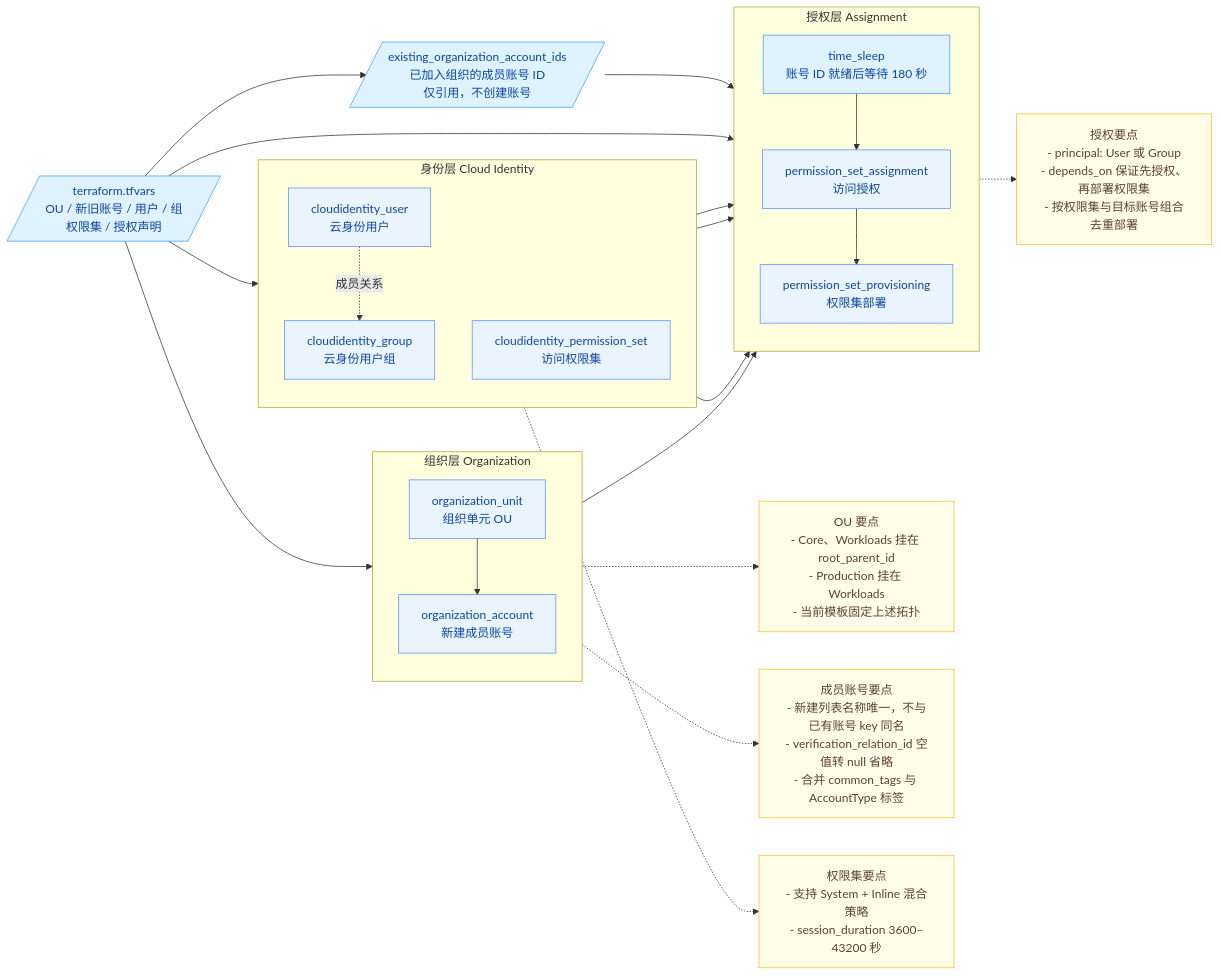
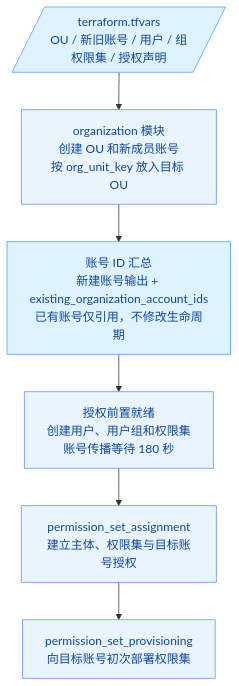
One commit to terraform-volcenginecc-modules/terraform-volcenginecc-multi-account-architecture changed the diagram in README.zh-CN.md. Above: the diagram before and after it, drawn with Mermaid. The commit also changed other lines of this file and 3 other files, not shown here.

Commit message:
docs: 更新 README 及中文文档，调整 Mermaid 流程图与说明内容

````diff
--- a/README.zh-CN.md
+++ b/README.zh-CN.md
@@ -17,52 +17,18 @@
-~~~mermaid
-flowchart LR
+```mermaid
+flowchart TB
     classDef main fill:#EAF4FF,stroke:#5B8FF9,color:#0D47A1;
     classDef tcc fill:#DFF2FF,stroke:#409EFF,color:#0D47A1;
-    classDef note fill:#FFFDE7,stroke:#FBC02D,color:#5D4037;
 
     Vars[/"terraform.tfvars<br/>OU / 新旧账号 / 用户 / 组<br/>权限集 / 授权声明"/]:::tcc
-    EXISTING[/"existing_organization_account_ids<br/>已加入组织的成员账号 ID<br/>仅引用，不创建账号"/]:::tcc
+    ORG["organization 模块<br/>创建 OU 和新成员账号<br/>按 org_unit_key 放入目标 OU"]:::main
+    IDS["账号 ID 汇总<br/>新建账号输出 + existing_organization_account_ids<br/>已有账号仅引用，不修改生命周期"]:::tcc
+    READY["授权前置就绪<br/>创建用户、用户组和权限集<br/>账号传播等待 180 秒"]:::main
+    ASN["permission_set_assignment<br/>建立主体、权限集与目标账号授权"]:::main
+    PROV["permission_set_provisioning<br/>向目标账号初次部署权限集"]:::main
 
-    subgraph Org["组织层 Organization"]
-        direction TB
-        OU["organization_unit<br/>组织单元 OU"]:::main
-        ACC["organization_account<br/>新建成员账号"]:::main
-        OU --> ACC
-    end
-
-    subgraph Identity["身份层 Cloud Identity"]
-        direction TB
-        USER["cloudidentity_user<br/>云身份用户"]:::main
-        GRP["cloudidentity_group<br/>云身份用户组"]:::main
-        PS["cloudidentity_permission_set<br/>访问权限集"]:::main
-        USER -.->|成员关系| GRP
-    end
-
-    subgraph Assign["授权层 Assignment"]
-        direction TB
-        WAIT["time_sleep<br/>账号 ID 就绪后等待 180 秒"]:::tcc
-        ASN["permission_set_assignment<br/>访问授权"]:::main
-        PROV["permission_set_provisioning<br/>权限集部署"]:::main
-        WAIT --> ASN --> PROV
-    end
-
-    Vars --> Org
-    Vars --> Identity
-    Vars --> Assign
-    Vars --> EXISTING
-    GRP --> ASN
-    USER --> ASN
-    PS --> ASN
-    ACC --> WAIT
-    EXISTING --> WAIT
-
-    NoteOU["OU 要点<br/>- Core、Workloads 挂在 root_parent_id<br/>- Production 挂在 Workloads<br/>- 当前模板固定上述拓扑"]:::note
-    NoteACC["成员账号要点<br/>- 新建列表名称唯一，不与已有账号 key 同名<br/>- verification_relation_id 空值转 null 省略<br/>- 合并 common_tags 与 AccountType 标签"]:::note
-    NotePS["权限集要点<br/>- 支持 System + Inline 混合策略<br/>- session_duration 3600–43200 秒"]:::note
-    NoteASN["授权要点<br/>- principal: User 或 Group<br/>- depends_on 保证先授权、再部署权限集<br/>- 按权限集与目标账号组合去重部署"]:::note
-
-    OU -.-> NoteOU
-    ACC -.-> NoteACC
-    PS -.-> NotePS
-    PROV -.-> NoteASN
-~~~
+    Vars --> ORG
+    ORG --> IDS
+    IDS --> READY
+    READY --> ASN
+    ASN --> PROV
+```
````
